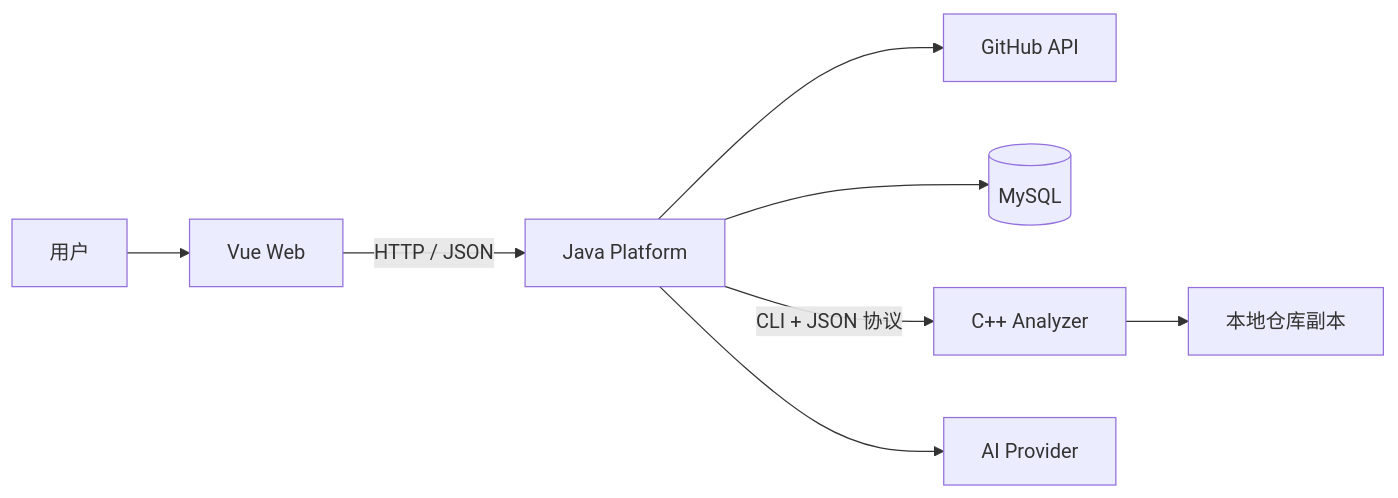
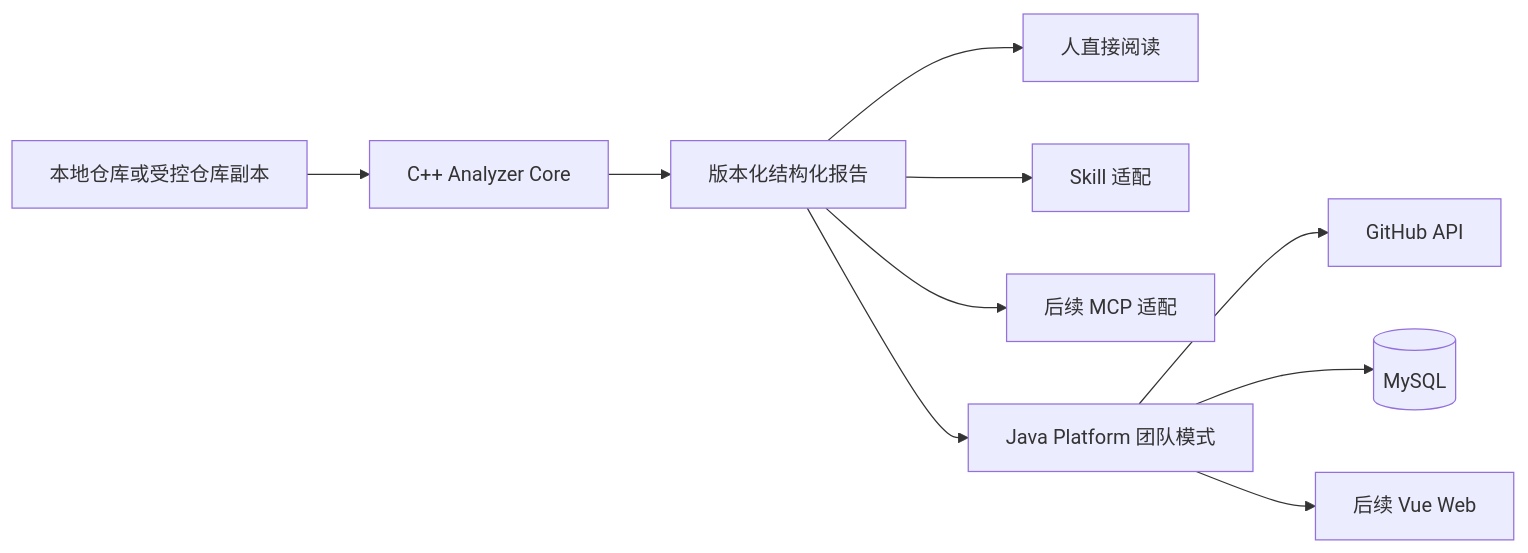
Before and after one commit to Lihanc940/openpulse-ai: the diagram in docs/04-architecture.md, drawn with Mermaid. The commit also changed other lines of this file and 7 other files, not shown here.

````diff
--- a/docs/04-architecture.md
+++ b/docs/04-architecture.md
@@ -15,10 +16,12 @@
 ```mermaid
 flowchart LR
-    U["用户"] --> W["Vue Web"]
-    W -->|"HTTP / JSON"| J["Java Platform"]
+    R["本地仓库或受控仓库副本"] --> C["C++ Analyzer Core"]
+    C --> P["版本化结构化报告"]
+    P --> H["人直接阅读"]
+    P --> S["Skill 适配"]
+    P --> M["后续 MCP 适配"]
+    P --> J["Java Platform 团队模式"]
     J --> G["GitHub API"]
     J --> D[("MySQL")]
-    J -->|"CLI + JSON 协议"| C["C++ Analyzer"]
-    J --> A["AI Provider"]
-    C --> R["本地仓库副本"]
+    J --> W["后续 Vue Web"]
 ```
````
